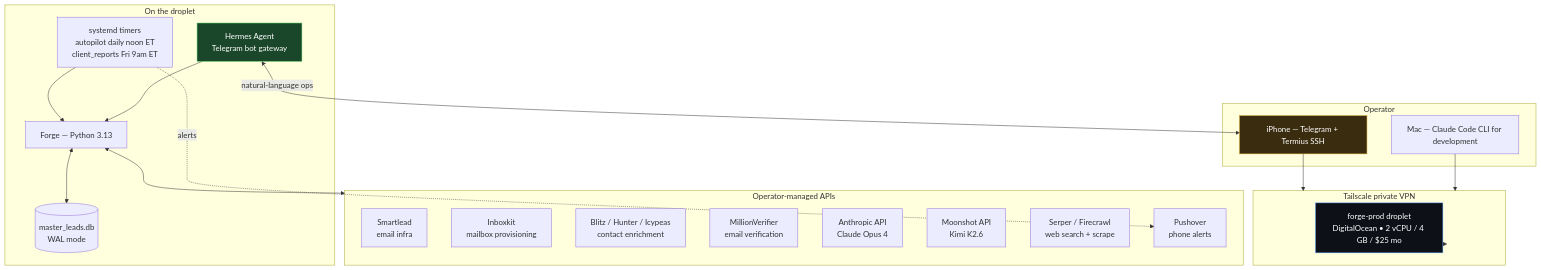
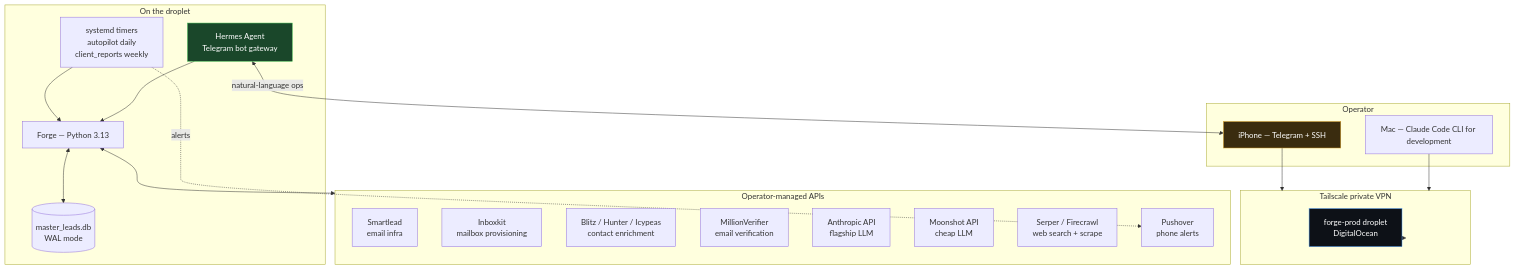
Before and after one commit to RoberickSanders/b2b-outbound-stack: the fifth of 5 diagrams in README.md, drawn with Mermaid. The commit also changed other lines of this file, not shown here.

````diff
--- a/README.md
+++ b/README.md
@@ -232,43 +207,43 @@
 ```mermaid
 flowchart TB
     subgraph LOCAL[Operator]
-        PHONE[iPhone — Telegram + Termius SSH]
+        PHONE[iPhone — Telegram + SSH]
         MAC[Mac — Claude Code CLI for development]
     end
 
     subgraph TS[Tailscale private VPN]
-        DROPLET[forge-prod droplet<br/>DigitalOcean • 2 vCPU / 4 GB / $25 mo]
+        DROPLET[forge-prod droplet<br/>DigitalOcean]
     end
 
     subgraph SERVICES[Operator-managed APIs]
         SL[Smartlead<br/>email infra]
         IK[Inboxkit<br/>mailbox provisioning]
         BL[Blitz / Hunter / Icypeas<br/>contact enrichment]
         MV[MillionVerifier<br/>email verification]
-        ANT[Anthropic API<br/>Claude Opus 4]
-        KIMI[Moonshot API<br/>Kimi K2.6]
+        ANT[Anthropic API<br/>flagship LLM]
+        KIMI[Moonshot API<br/>cheap LLM]
         SERP[Serper / Firecrawl<br/>web search + scrape]
         PUSH[Pushover<br/>phone alerts]
     end
 
     subgraph DROPLET_INTERNALS[On the droplet]
         FORGE[Forge — Python 3.13]
-        SYSTEMD[systemd timers<br/>autopilot daily noon ET<br/>client_reports Fri 9am ET]
+        SYSTEMD[systemd timers<br/>autopilot daily<br/>client_reports weekly]
         HERMES[Hermes Agent<br/>Telegram bot gateway]
         DBLOCAL[(master_leads.db<br/>WAL mode)]
     end
 
     PHONE --> TS
     MAC --> TS
     TS --> DROPLET
     HERMES <-->|natural-language ops| PHONE
     FORGE <--> SERVICES
     SYSTEMD --> FORGE
     HERMES --> FORGE
     FORGE <--> DBLOCAL
     SYSTEMD -.->|alerts| PUSH
 
     style DROPLET fill:#0d1117,color:#fff,stroke:#58a6ff
     style HERMES fill:#1a472a,color:#fff,stroke:#3fb950
     style PHONE fill:#3a2c0f,color:#fff,stroke:#d29922
 ```
````
